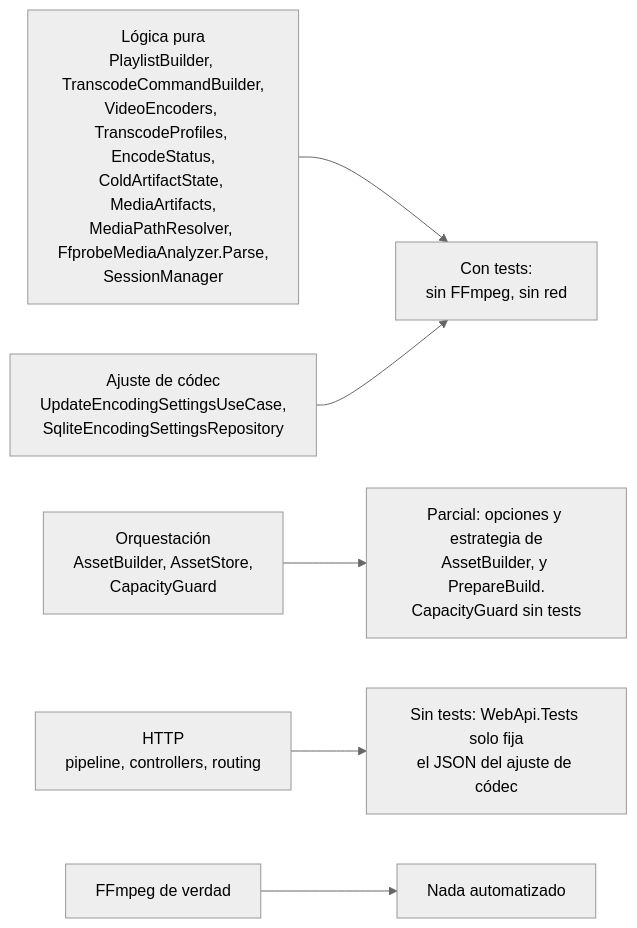
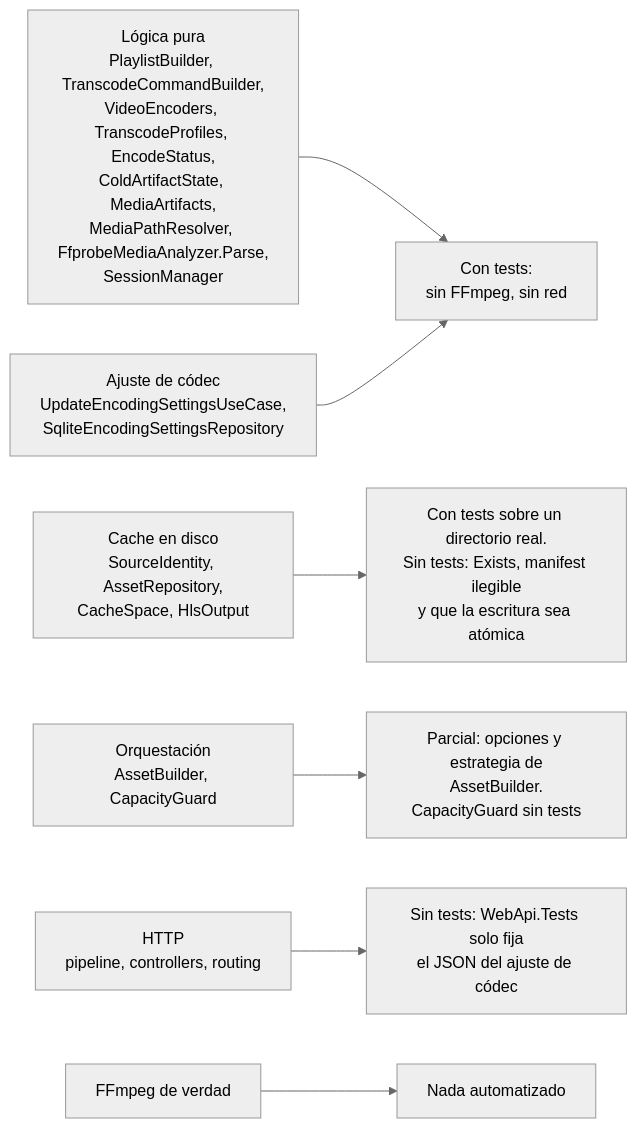
One commit to Juan045/home-stream-app changed diagram 15 of 15 in system_arquitecture.md. Above: the diagram before and after it, drawn with Mermaid (neutral theme). The commit also changed other lines of this file and 3 other files, not shown here.

Commit message:
docs: cache components after AssetStore split

````diff
--- a/system_arquitecture.md
+++ b/system_arquitecture.md
@@ -823,8 +848,9 @@
 ```mermaid
 flowchart LR
     PURA["Lógica pura<br/>PlaylistBuilder, TranscodeCommandBuilder,<br/>VideoEncoders, TranscodeProfiles, EncodeStatus,<br/>ColdArtifactState, MediaArtifacts,<br/>MediaPathResolver, FfprobeMediaAnalyzer.Parse,<br/>SessionManager"] --> OK["Con tests:<br/>sin FFmpeg, sin red"]
     AJUSTE["Ajuste de códec<br/>UpdateEncodingSettingsUseCase,<br/>SqliteEncodingSettingsRepository"] --> OK
-    ORQ["Orquestación<br/>AssetBuilder, AssetStore,<br/>CapacityGuard"] --> NO1["Parcial: opciones y estrategia de<br/>AssetBuilder, y PrepareBuild.<br/>CapacityGuard sin tests"]
+    CACHE["Cache en disco<br/>SourceIdentity, AssetRepository,<br/>CacheSpace, HlsOutput"] --> OK2["Con tests sobre un directorio real.<br/>Sin tests: Exists, manifest ilegible<br/>y que la escritura sea atómica"]
+    ORQ["Orquestación<br/>AssetBuilder, CapacityGuard"] --> NO1["Parcial: opciones y estrategia de<br/>AssetBuilder.<br/>CapacityGuard sin tests"]
     HTTP["HTTP<br/>pipeline, controllers, routing"] --> NO2["Sin tests: WebApi.Tests solo fija<br/>el JSON del ajuste de códec"]
     REAL["FFmpeg de verdad"] --> NO3["Nada automatizado"]
 ```
````
